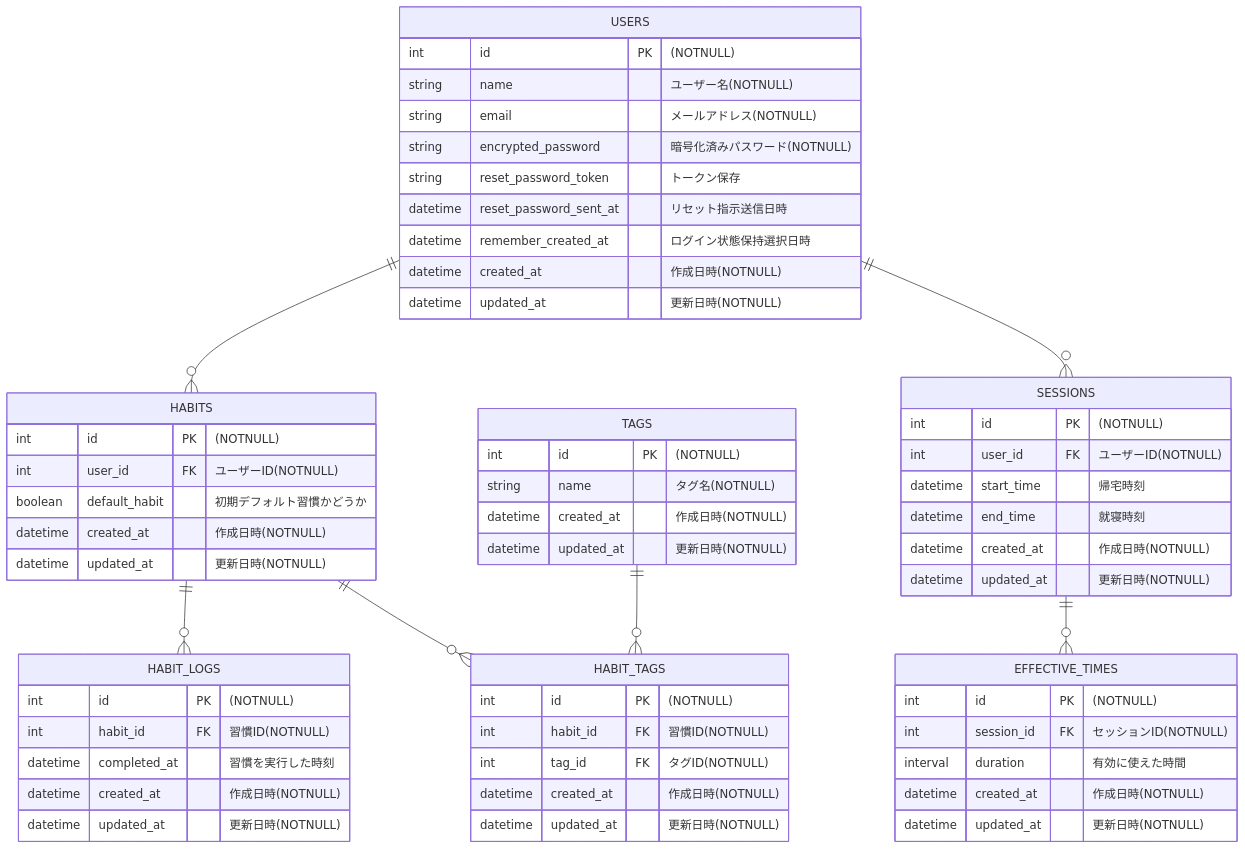
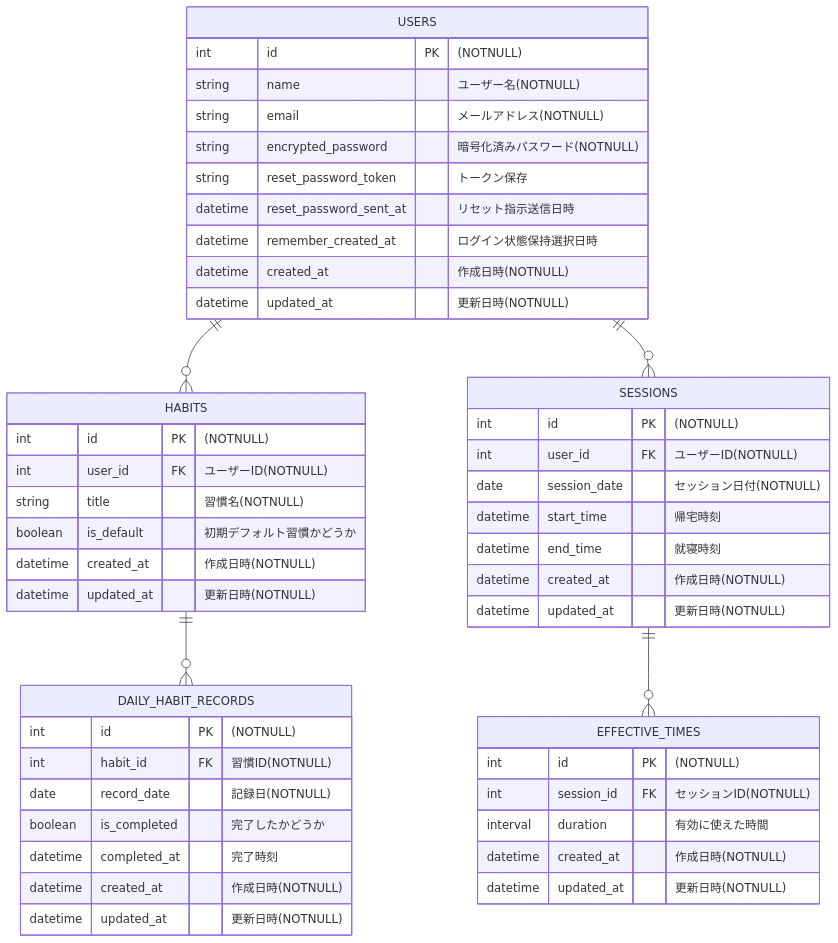
The diagram in README.md (kazuhide0413/jikantsukurun), drawn with Mermaid before and after one commit.

Commit message:
卒業制作_ER図_修正①

````diff
--- a/README.md
+++ b/README.md
@@ -111,66 +111,52 @@
 ```mermaid
 erDiagram
 	direction TB
 	USERS {
-		int id PK "(NOTNULL)"  
-		string name  "ユーザー名(NOTNULL)"  
-		string email  "メールアドレス(NOTNULL)"  
-		string encrypted_password  "暗号化済みパスワード(NOTNULL)"  
-		string reset_password_token  "トークン保存"  
-		datetime reset_password_sent_at  "リセット指示送信日時"  
-		datetime remember_created_at  "ログイン状態保持選択日時"  
-		datetime created_at  "作成日時(NOTNULL)"  
-		datetime updated_at  "更新日時(NOTNULL)"  
+		int id PK "(NOTNULL)"
+		string name "ユーザー名(NOTNULL)"
+		string email "メールアドレス(NOTNULL)"
+		string encrypted_password "暗号化済みパスワード(NOTNULL)"
+		string reset_password_token "トークン保存"
+		datetime reset_password_sent_at "リセット指示送信日時"
+		datetime remember_created_at "ログイン状態保持選択日時"
+		datetime created_at "作成日時(NOTNULL)"
+		datetime updated_at "更新日時(NOTNULL)"
 	}
 	HABITS {
-		int id PK "(NOTNULL)"  
-		int user_id FK "ユーザーID(NOTNULL)"  
-		boolean default_habit  "初期デフォルト習慣かどうか"  
-		datetime created_at  "作成日時(NOTNULL)"  
-		datetime updated_at  "更新日時(NOTNULL)"  
+		int id PK "(NOTNULL)"
+		int user_id FK "ユーザーID(NOTNULL)"
+		string title "習慣名(NOTNULL)"
+		boolean is_default "初期デフォルト習慣かどうか"
+		datetime created_at "作成日時(NOTNULL)"
+		datetime updated_at "更新日時(NOTNULL)"
 	}
-	HABIT_TAGS {
-		int id PK "(NOTNULL)"  
-		int habit_id FK "習慣ID(NOTNULL)"  
-		int tag_id FK "タグID(NOTNULL)"  
-		datetime created_at  "作成日時(NOTNULL)"  
-		datetime updated_at  "更新日時(NOTNULL)"  
-	}
-	TAGS {
-		int id PK "(NOTNULL)"  
-		string name  "タグ名(NOTNULL)"  
-		datetime created_at  "作成日時(NOTNULL)"  
-		datetime updated_at  "更新日時(NOTNULL)"  
-	}
-	HABIT_LOGS {
-        int id PK "(NOTNULL)"  
-        int habit_id FK "習慣ID(NOTNULL)"  
-        datetime completed_at "習慣を実行した時刻"  
-        datetime created_at "作成日時(NOTNULL)"  
-        datetime updated_at "更新日時(NOTNULL)"  
+	DAILY_HABIT_RECORDS {
+        int id PK "(NOTNULL)"
+        int habit_id FK "習慣ID(NOTNULL)"
+		date record_date "記録日(NOTNULL)"
+		boolean is_completed "完了したかどうか"
+        datetime completed_at "完了時刻"
+        datetime created_at "作成日時(NOTNULL)"
+        datetime updated_at "更新日時(NOTNULL)"
     }
-
     SESSIONS {
-        int id PK "(NOTNULL)"  
-        int user_id FK "ユーザーID(NOTNULL)"  
-        datetime start_time "帰宅時刻"  
-        datetime end_time "就寝時刻"  
-        datetime created_at "作成日時(NOTNULL)"  
-        datetime updated_at "更新日時(NOTNULL)"  
+        int id PK "(NOTNULL)"
+        int user_id FK "ユーザーID(NOTNULL)"
+		date session_date "セッション日付(NOTNULL)"
+        datetime start_time "帰宅時刻"
+        datetime end_time "就寝時刻"
+        datetime created_at "作成日時(NOTNULL)"
+        datetime updated_at "更新日時(NOTNULL)"
     }
-
     EFFECTIVE_TIMES {
-        int id PK "(NOTNULL)"  
-        int session_id FK "セッションID(NOTNULL)"  
-        interval duration "有効に使えた時間"  
-        datetime created_at "作成日時(NOTNULL)"  
-        datetime updated_at "更新日時(NOTNULL)"  
+        int id PK "(NOTNULL)"
+        int session_id FK "セッションID(NOTNULL)"
+        interval duration "有効に使えた時間"
+        datetime created_at "作成日時(NOTNULL)"
+        datetime updated_at "更新日時(NOTNULL)"
     }
-
     USERS ||--o{ HABITS : ""
     USERS ||--o{ SESSIONS : ""
-    HABITS ||--o{ HABIT_LOGS : ""
-    HABITS ||--o{ HABIT_TAGS : ""
-    TAGS ||--o{ HABIT_TAGS : ""
+    HABITS ||--o{ DAILY_HABIT_RECORDS : ""
     SESSIONS ||--o{ EFFECTIVE_TIMES : ""
 ```
````
